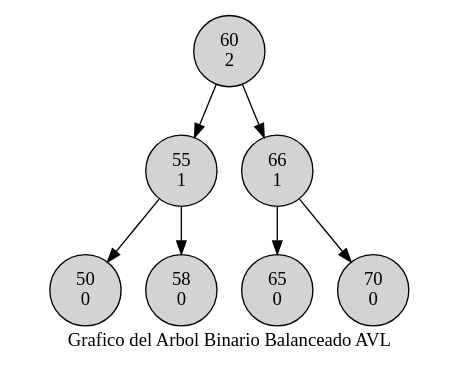
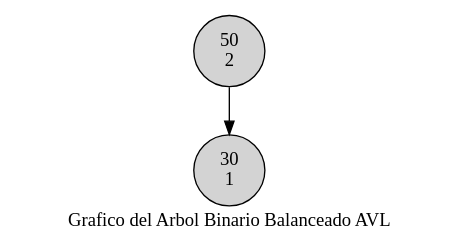
One commit to av-edson/EDD-Estructuras changed the diagram in estructuras/Resultado/GraficaArbol.dot. Above: the diagram before and after it, drawn with Graphviz. The commit also changed 2 other files, not shown here.

```diff
--- a/estructuras/Resultado/GraficaArbol.dot
+++ b/estructuras/Resultado/GraficaArbol.dot
@@ -1,23 +1,8 @@
 digraph D{
 node [shape=circle style=filled ] 
 label= " Grafico del Arbol Binario Balanceado AVL " 
-"60
-2" -> "55
+"50
+2" -> "30
 1" 
-"55
-1" -> "50
-0" 
-"55
-1" -> "58
-0" 
-"60
-2" -> "66
-1" 
-"66
-1" -> "65
-0" 
-"66
-1" -> "70
-0" 
 
 }
```
